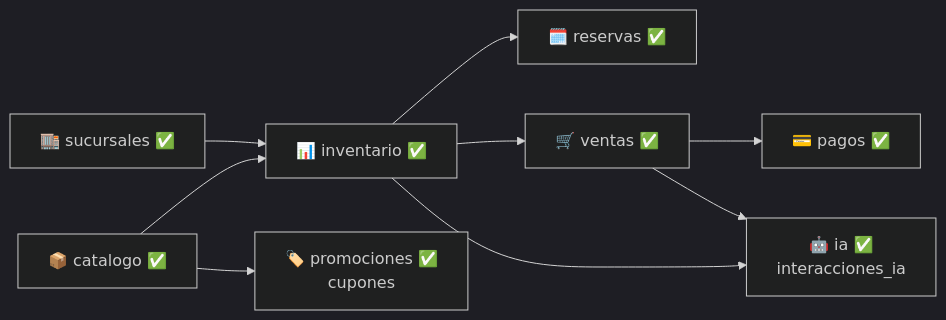
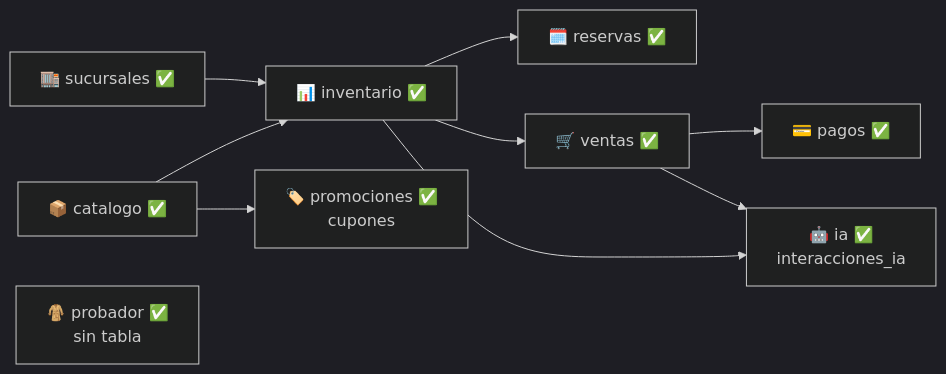
Before and after one commit to mopy1/MirrorIA: the diagram in mirroria-backend/AGENTS.md, drawn with Mermaid (dark theme). The commit also changed other lines of this file and 2 other files, not shown here.

````diff
--- a/mirroria-backend/AGENTS.md
+++ b/mirroria-backend/AGENTS.md
@@ -617,11 +660,12 @@
 ```mermaid
 flowchart LR
     A["🏬 sucursales ✅"] --> D["📊 inventario ✅"]
     B["📦 catalogo ✅"] --> D
     D --> E["🗓️ reservas ✅"]
     D --> F["🛒 ventas ✅"]
     F --> G["💳 pagos ✅"]
     B --> H["🏷️ promociones ✅<br/>cupones"]
     F --> I["🤖 ia ✅<br/>interacciones_ia"]
     D --> I
+    J["🧥 probador ✅<br/>sin tabla"]
 ```
````
